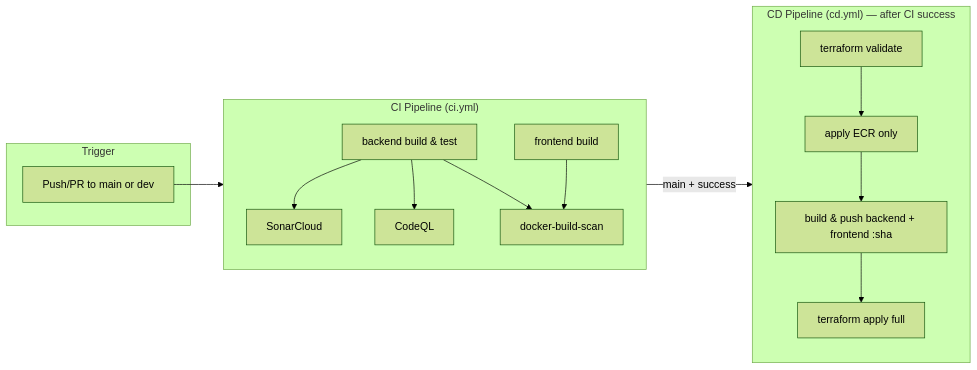
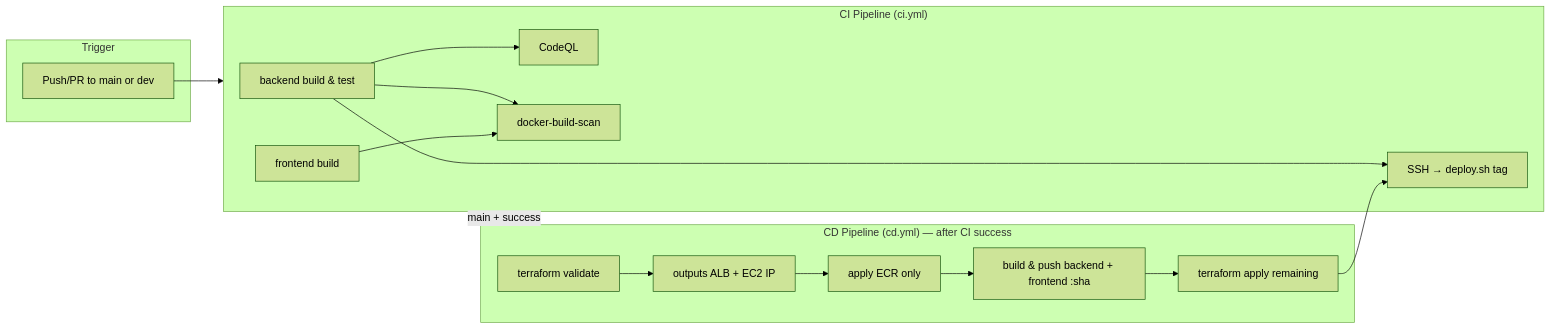
One commit to AmaliTech-Training-Academy/NSP_25_26_Team_5 changed the first of 2 diagrams in devops/README.md. Above: the diagram before and after it, drawn with Mermaid (forest theme). The commit also changed other lines of this file and 15 other files, not shown here.

````diff
--- a/devops/README.md
+++ b/devops/README.md
@@ -118,29 +126,31 @@
 ```mermaid
 flowchart LR
   subgraph trigger["Trigger"]
     P[Push/PR to main or dev]
   end
 
   subgraph ci["CI Pipeline (ci.yml)"]
     B[backend build & test]
     F[frontend build]
     S[SonarCloud]
     Q[CodeQL]
     D[docker-build-scan]
     B --> S
     B --> Q
     B --> D
     F --> D
   end
 
   subgraph cd["CD Pipeline (cd.yml) — after CI success"]
     V[terraform validate]
+    O[outputs ALB + EC2 IP]
     E[apply ECR only]
     I[build & push backend + frontend :sha]
-    A[terraform apply full]
-    V --> E --> I --> A
+    A[terraform apply remaining]
+    S[SSH → deploy.sh tag]
+    V --> O --> E --> I --> A --> S
   end
 
   P --> ci
   ci -->|"main + success"| cd
 ```
````
